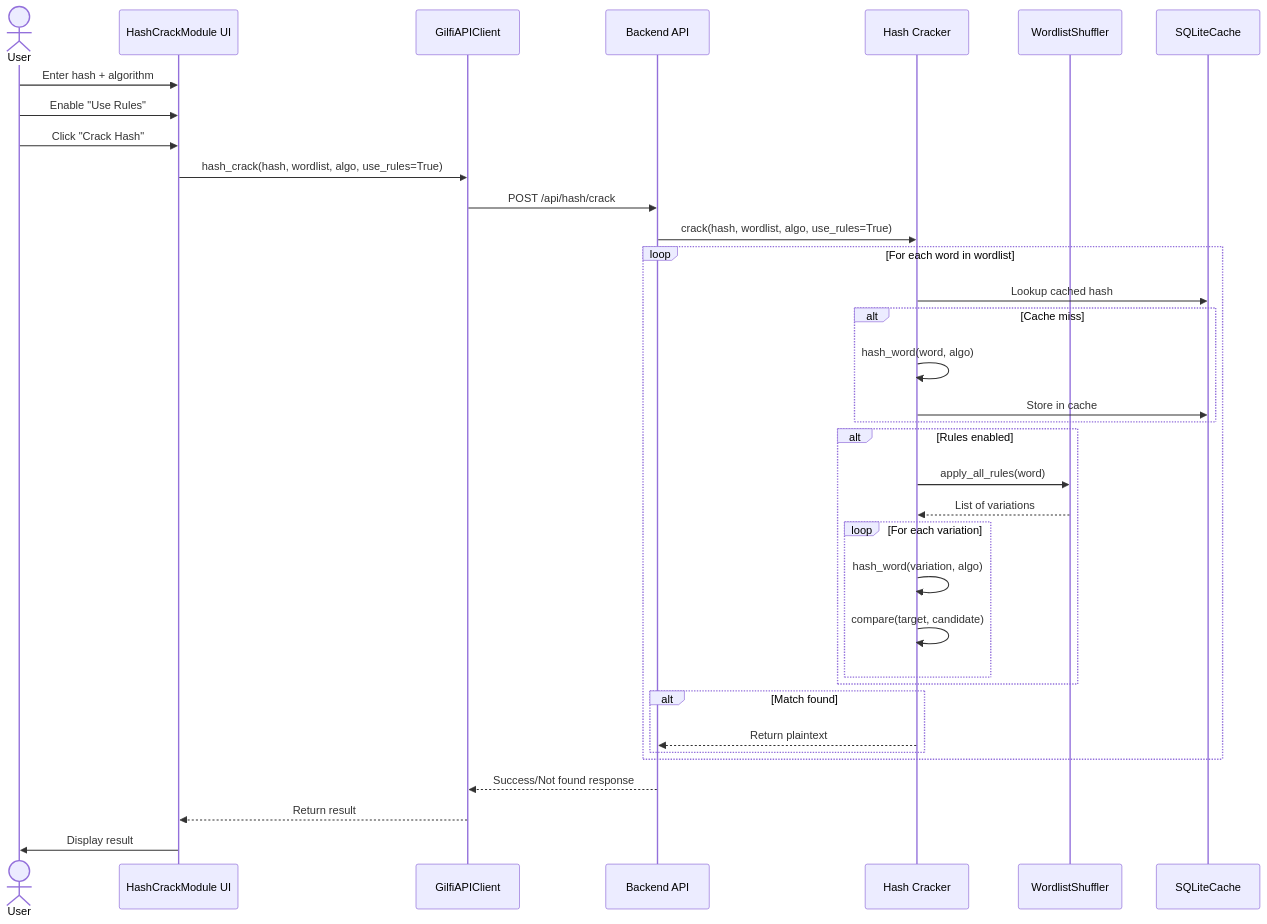
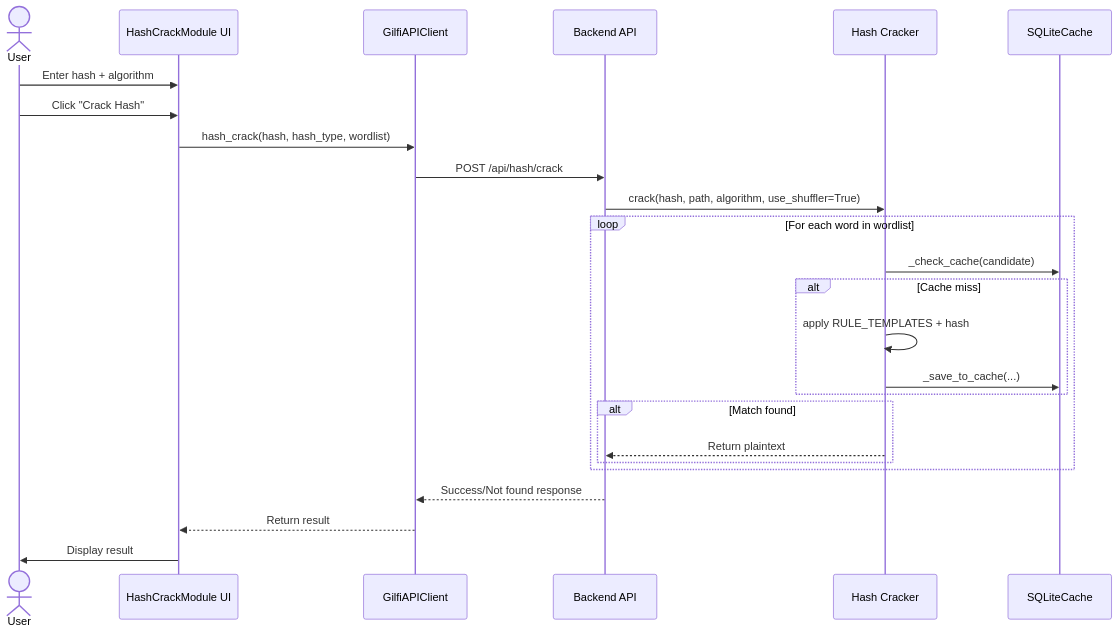
Before and after one commit to Mr-Robotiko/Gilfi: the fifth of 10 diagrams in README.md, drawn with Mermaid. The commit also changed other lines of this file, not shown here.

````diff
--- a/README.md
+++ b/README.md
@@ -346,46 +321,34 @@
 ```mermaid
 sequenceDiagram
     actor User
     participant UI as HashCrackModule UI
     participant API as GilfiAPIClient
     participant BE as Backend API
     participant Cracker as Hash Cracker
-    participant WS as WordlistShuffler
     participant Cache as SQLiteCache
     
     User->>UI: Enter hash + algorithm
-    User->>UI: Enable "Use Rules"
     User->>UI: Click "Crack Hash"
     
-    UI->>API: hash_crack(hash, wordlist, algo, use_rules=True)
+    UI->>API: hash_crack(hash, hash_type, wordlist)
     API->>BE: POST /api/hash/crack
     
-    BE->>Cracker: crack(hash, wordlist, algo, use_rules=True)
+    BE->>Cracker: crack(hash, path, algorithm, use_shuffler=True)
     
     loop For each word in wordlist
-        Cracker->>Cache: Lookup cached hash
+        Cracker->>Cache: _check_cache(candidate)
         
         alt Cache miss
-            Cracker->>Cracker: hash_word(word, algo)
-            Cracker->>Cache: Store in cache
-        end
-        
-        alt Rules enabled
-            Cracker->>WS: apply_all_rules(word)
-            WS-->>Cracker: List of variations
-            
-            loop For each variation
-                Cracker->>Cracker: hash_word(variation, algo)
-                Cracker->>Cracker: compare(target, candidate)
-            end
+            Cracker->>Cracker: apply RULE_TEMPLATES + hash
+            Cracker->>Cache: _save_to_cache(...)
         end
         
         alt Match found
             Cracker-->>BE: Return plaintext
         end
     end
     
     BE-->>API: Success/Not found response
     API-->>UI: Return result
     UI->>User: Display result
 ```
````
